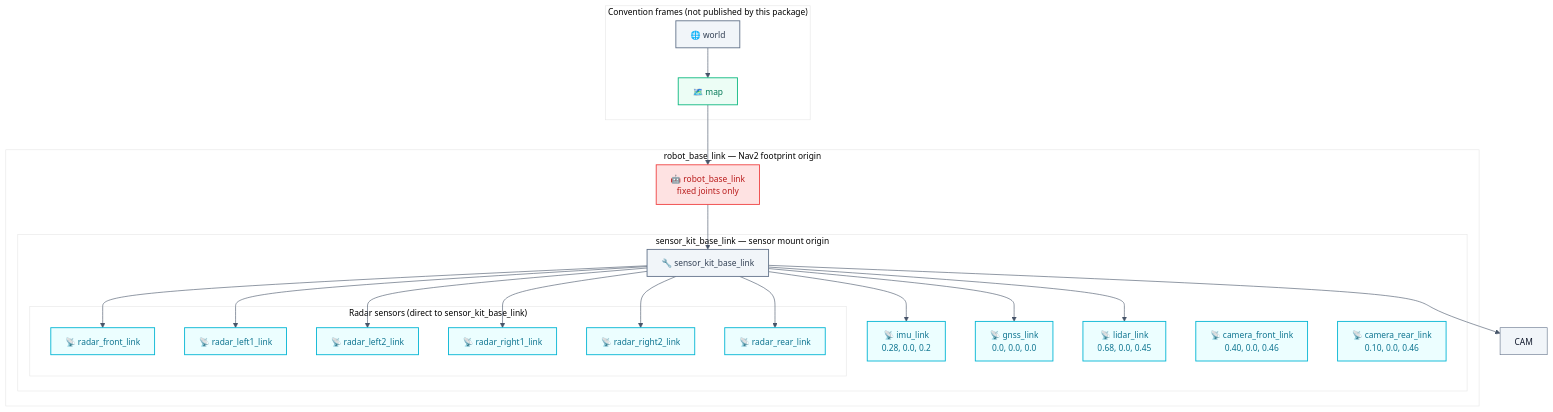
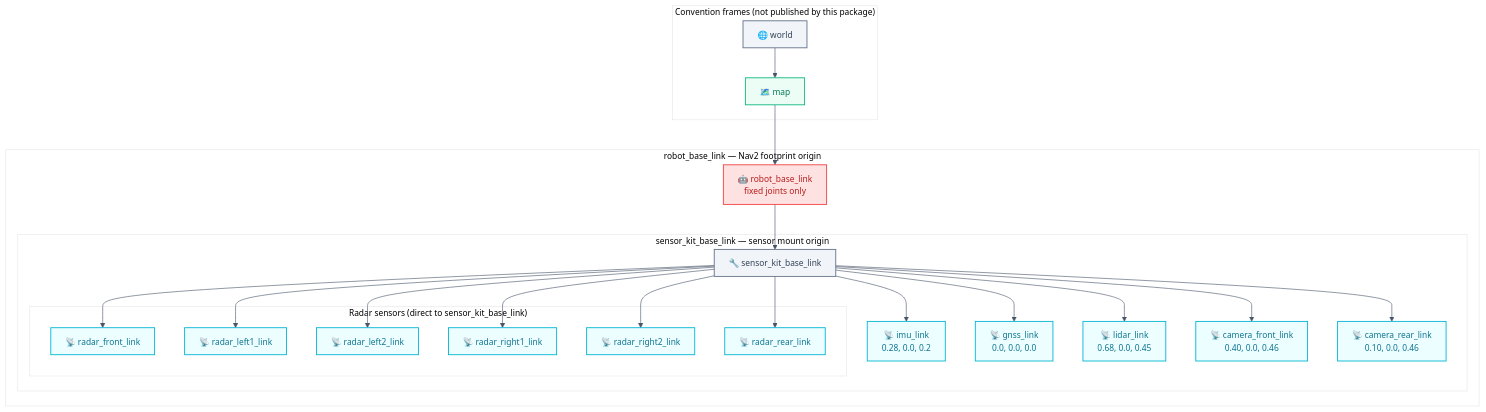
The fourth of 4 diagrams in camrod_sensor_kit/README.md (hwanhonglee/CAMROD), drawn with Mermaid before and after one commit. The commit also changed other lines of this file and 3 other files, not shown here.

First line of the commit message:
docs(HH_260528): fix Mermaid parse error, sync sensor_kit/planning/common READMEs

````diff
--- a/camrod_sensor_kit/README.md
+++ b/camrod_sensor_kit/README.md
@@ -142,38 +142,38 @@
 ```mermaid
 %%{init: {'theme': 'base', 'themeVariables': {'fontFamily': 'ui-sans-serif, system-ui, sans-serif', 'fontSize': '14px', 'primaryColor': '#F1F5F9', 'primaryTextColor': '#0F172A', 'primaryBorderColor': '#64748B', 'lineColor': '#475569'}, 'flowchart': {'curve': 'basis', 'htmlLabels': true, 'padding': 12}}}%%
 graph TD
   subgraph CONV["Convention frames (not published by this package)"]
     WORLD[🌐 world]:::system
     MAP[🗺️ map]:::localization
   end
   subgraph ROBOT["robot_base_link — Nav2 footprint origin"]
     BASE[🤖 robot_base_link\nfixed joints only]:::platform
     subgraph SKIT["sensor_kit_base_link — sensor mount origin"]
       SKB[🔧 sensor_kit_base_link]:::system
       IMU[📡 imu_link\n0.28, 0.0, 0.2]:::sensing
       GNSS[📡 gnss_link\n0.0, 0.0, 0.0]:::sensing
       LIDAR[📡 lidar_link\n0.68, 0.0, 0.45]:::sensing
       CAMF[📡 camera_front_link\n0.40, 0.0, 0.46]:::sensing
       CAMR[📡 camera_rear_link\n0.10, 0.0, 0.46]:::sensing
       subgraph RADAR["Radar sensors (direct to sensor_kit_base_link)"]
         RF[📡 radar_front_link]:::sensing
         RL1[📡 radar_left1_link]:::sensing
         RL2[📡 radar_left2_link]:::sensing
         RR1[📡 radar_right1_link]:::sensing
         RR2[📡 radar_right2_link]:::sensing
         RR[📡 radar_rear_link]:::sensing
       end
     end
   end
 
   WORLD --> MAP
   MAP --> BASE
   BASE --> SKB
-  SKB --> IMU & GNSS & LIDAR & CAM
+  SKB --> IMU & GNSS & LIDAR & CAMF & CAMR
   SKB --> RF & RL1 & RL2 & RR1 & RR2 & RR
 
   classDef sensing      fill:#ECFEFF,stroke:#06B6D4,stroke-width:1.5px,color:#0E7490;
   classDef localization fill:#ECFDF5,stroke:#10B981,stroke-width:1.5px,color:#047857;
   classDef platform     fill:#FEE2E2,stroke:#EF4444,stroke-width:1.5px,color:#B91C1C;
   classDef system       fill:#F1F5F9,stroke:#64748B,stroke-width:1.5px,color:#334155;
 ```
````
